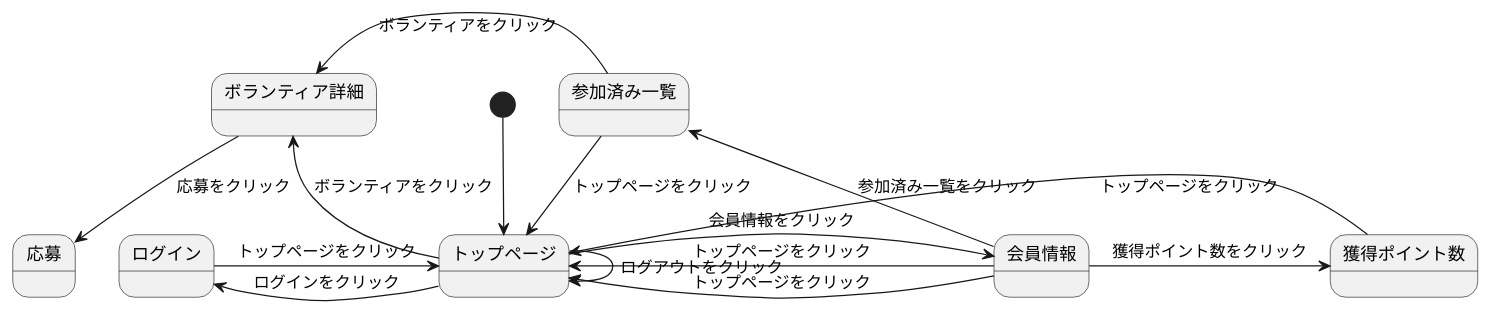
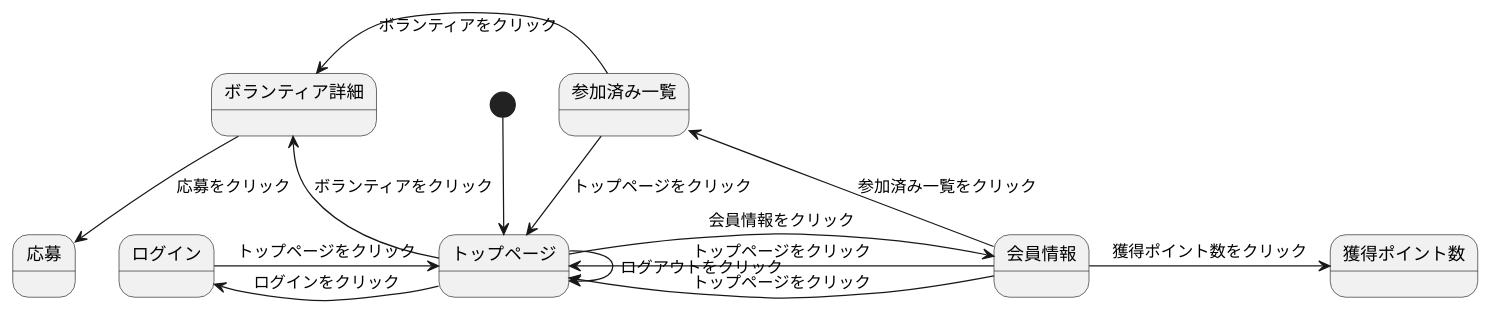
Before and after one commit to Aso2001001/2022System: the diagram in 画面遷移図.md, drawn with PlantUML.

````diff
--- a/画面遷移図.md
+++ b/画面遷移図.md
@@ -1,19 +1,19 @@
 ```uml
 @startuml
 [*] --> トップページ
 
 トップページ -> 会員情報 : 会員情報をクリック
 トップページ --> ボランティア詳細 : ボランティアをクリック
 トップページ -> トップページ : ログアウトをクリック
 ボランティア詳細 --> 応募 : 応募をクリック
 会員情報 -> トップページ : トップページをクリック
 トップページ -left-> ログイン : ログインをクリック
 ログイン -> トップページ : トップページをクリック
 会員情報 --> 参加済み一覧 : 参加済み一覧をクリック
 会員情報 -> トップページ : トップページをクリック
 参加済み一覧 -left-> ボランティア詳細 : ボランティアをクリック
 参加済み一覧 -> トップページ : トップページをクリック
 会員情報 -> 獲得ポイント数 : 獲得ポイント数をクリック
-獲得ポイント数 -> トップページ : トップページをクリック
+
 @enduml
 ```
````
